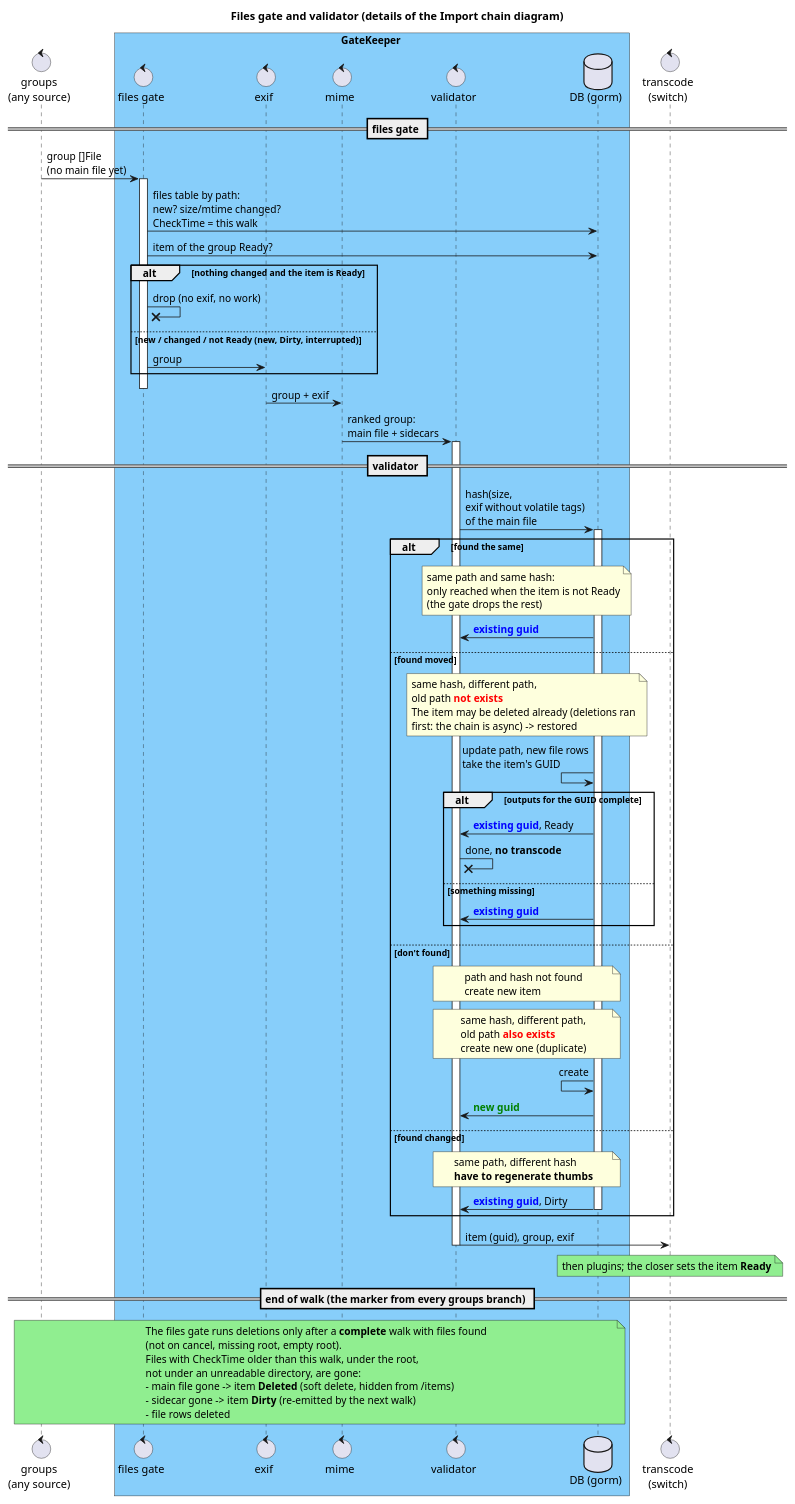
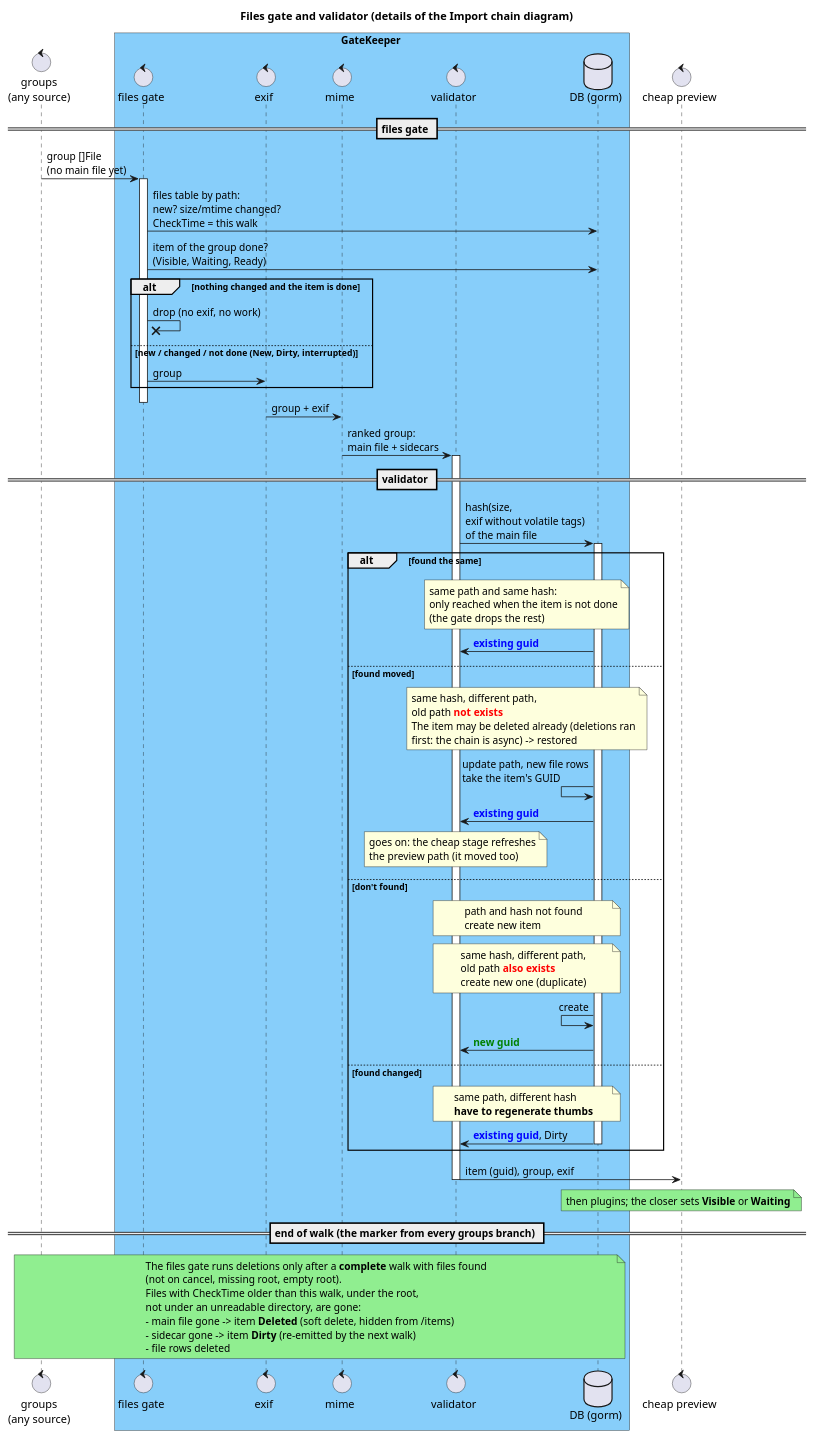
One commit to eggs-gd/Perceptrail changed the diagram in _sb/puml/Walker.puml. Above: the diagram before and after it, drawn with PlantUML. The commit also changed 5 other files, not shown here.

Commit message:
docs: the cheap stage in the diagrams, the scan README and the roadmap (S1–S4)

```diff
--- a/_sb/puml/Walker.puml
+++ b/_sb/puml/Walker.puml
@@ -1,100 +1,96 @@
 @startuml Walker and validating
 
 !pragma teoz true
 
 title Files gate and validator (details of the Import chain diagram)
 
 control "groups\n(any source)" as Groups
 box GateKeeper #LightSkyBlue
 control "files gate" as Gate
 control "exif" as Exif
 control "mime" as Mime
 control "validator" as Validator
 database "DB (gorm)" as DB
 end box
-control "transcode\n(switch)" as Transcode
+control "cheap preview" as Transcode
 
 == files gate ==
 
 Groups -> Gate: group []File\n(no main file yet)
 activate Gate
 Gate -> DB: files table by path:\nnew? size/mtime changed?\nCheckTime = this walk
-Gate -> DB: item of the group Ready?
-alt nothing changed and the item is Ready
+Gate -> DB: item of the group done?\n(Visible, Waiting, Ready)
+alt nothing changed and the item is done
     Gate ->x Gate: drop (no exif, no work)
-else new / changed / not Ready (new, Dirty, interrupted)
+else new / changed / not done (New, Dirty, interrupted)
     Gate -> Exif: group
 end
 deactivate Gate
 
 Exif -> Mime: group + exif
 Mime -> Validator: ranked group:\nmain file + sidecars
 activate Validator
 
 == validator ==
 
 Validator -> DB: hash(size,\nexif without volatile tags)\nof the main file
 activate DB
 
 alt found the same
     note over Validator, DB
     same path and same hash:
-    only reached when the item is not Ready
+    only reached when the item is not done
     (the gate drops the rest)
     end note
     DB -> Validator: <font color=blue><b>existing guid
 
 else found moved
     note over Validator, DB
     same hash, different path,
     old path <b><font color=red>not exists
     The item may be deleted already (deletions ran
     first: the chain is async) -> restored
     end note
     DB <- DB: update path, new file rows\ntake the item's GUID
-    alt outputs for the GUID complete
-        DB -> Validator: <font color=blue><b>existing guid</b></font>, Ready
-        Validator ->x Validator: done, <b>no transcode
-    else something missing
-        DB -> Validator: <font color=blue><b>existing guid
-    end
+    DB -> Validator: <font color=blue><b>existing guid
+    note over Validator: goes on: the cheap stage refreshes\nthe preview path (it moved too)
 
 else don't found
     note over Validator, DB
     path and hash not found
     create new item
     end note
     note over Validator, DB
     same hash, different path,
     old path <b><font color=red>also exists
     create new one (duplicate)
     end note
     DB <- DB: create
     DB -> Validator: <font color=green><b>new guid
 
 else found changed
     note over Validator, DB
     same path, different hash
     <b>have to regenerate thumbs
     end note
     DB -> Validator: <font color=blue><b>existing guid</b></font>, Dirty
     deactivate DB
 end
 
 Validator -> Transcode: item (guid), group, exif
 deactivate Validator
-note over Transcode #LightGreen: then plugins; the closer sets the item <b>Ready</b>
+note over Transcode #LightGreen: then plugins; the closer sets <b>Visible</b> or <b>Waiting</b>
 
 == end of walk (the marker from every groups branch) ==
 
 note over Groups, DB #LightGreen
 The files gate runs deletions only after a <b>complete</b> walk with files found
 (not on cancel, missing root, empty root).
 Files with CheckTime older than this walk, under the root,
 not under an unreadable directory, are gone:
 - main file gone -> item <b>Deleted</b> (soft delete, hidden from /items)
 - sidecar gone -> item <b>Dirty</b> (re-emitted by the next walk)
 - file rows deleted
 end note
 
 @enduml
```
